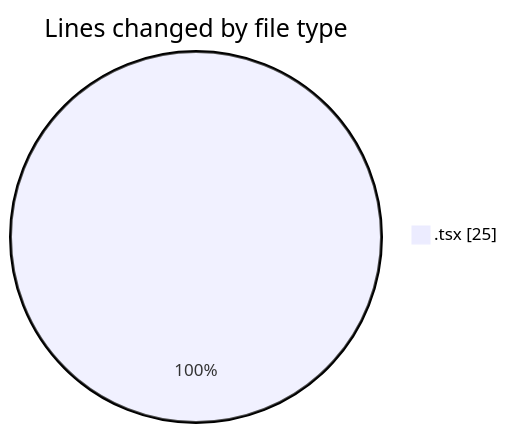
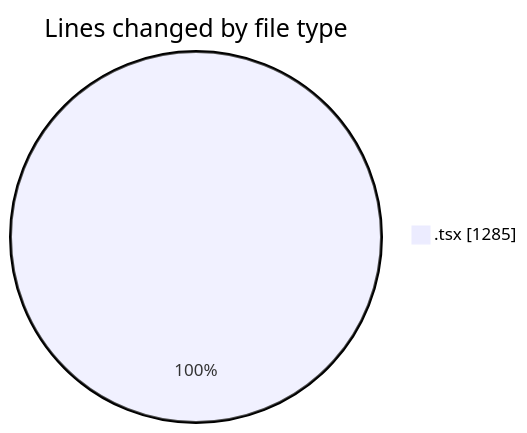
The first of 2 diagrams in 2025-12-05/cda/README.md (momahboobian/code-tracking), drawn with Mermaid before and after one commit. The commit also changed other lines of this file and 1 other file, not shown here.

````diff
--- a/2025-12-05/cda/README.md
+++ b/2025-12-05/cda/README.md
@@ -21,5 +25,5 @@
 ```mermaid
 pie showData
 title Lines changed by file type
-".tsx" : 25
+".tsx" : 1285
 ```
````
